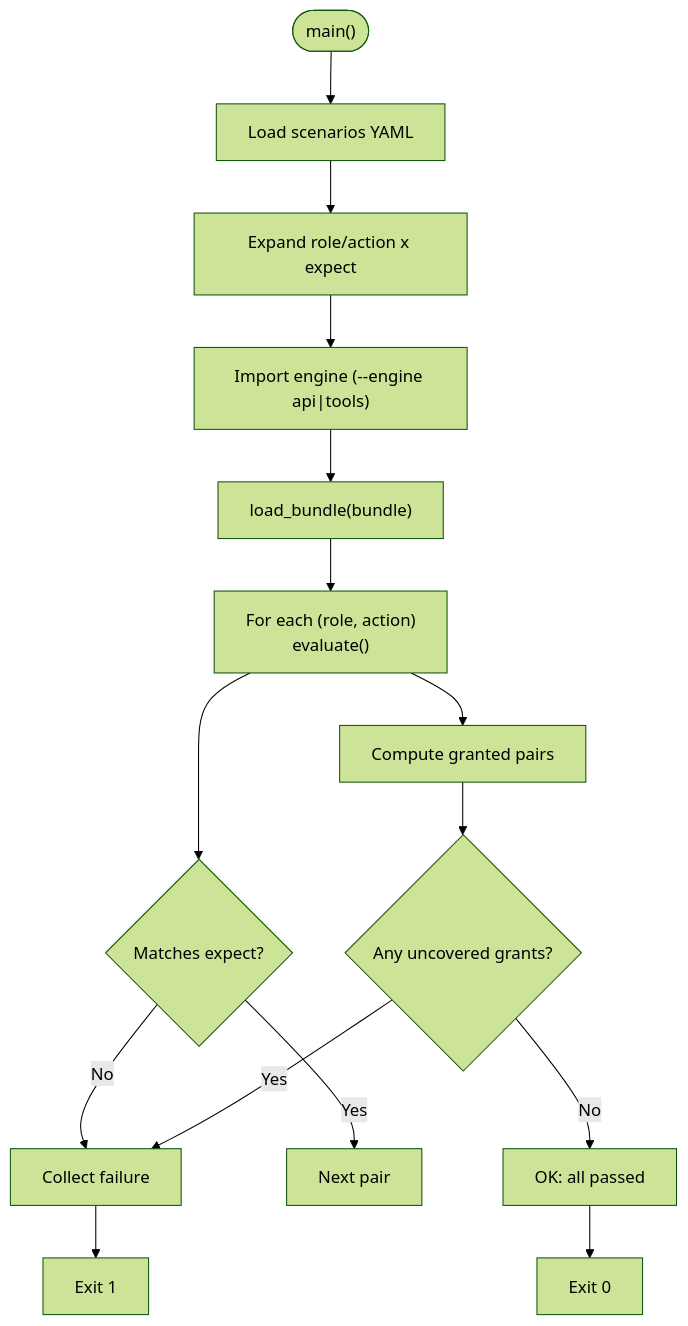
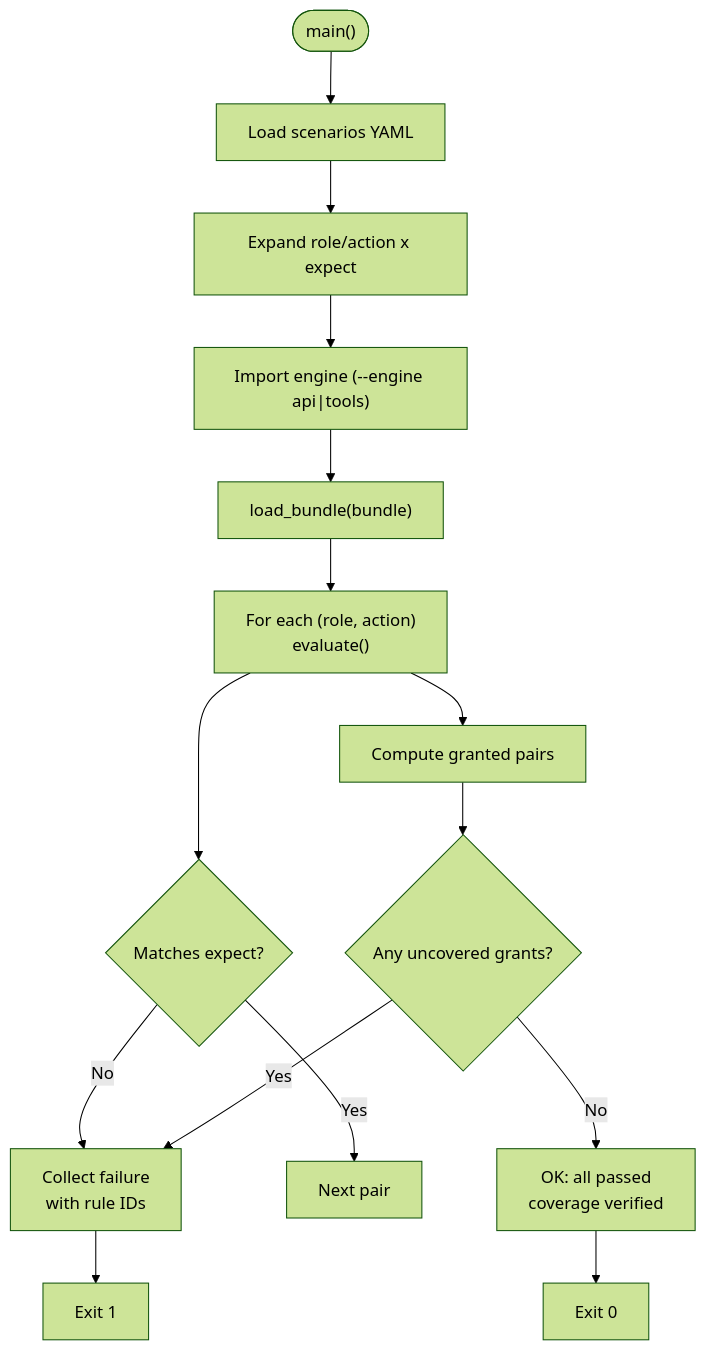
The fifth of 9 diagrams in .qoder/repowiki/en/content/Architecture Documentation/SPEC-048_ Policy Testing and Rollout Controls.md (metasync/luban-aiops), drawn with Mermaid (forest theme) before and after one commit. The commit also changed other lines of this file and 35 other files, not shown here.

````diff
--- a/.qoder/repowiki/en/content/Architecture Documentation/SPEC-048_ Policy Testing and Rollout Controls.md
+++ b/.qoder/repowiki/en/content/Architecture Documentation/SPEC-048_ Policy Testing and Rollout Controls.md
@@ -182,17 +264,17 @@
 ```mermaid
 flowchart TD
 S(["main()"]) --> LoadScenarios["Load scenarios YAML"]
 LoadScenarios --> Expand["Expand role/action x expect"]
 Expand --> LoadEngine["Import engine (--engine api|tools)"]
 LoadEngine --> LoadBundle["load_bundle(bundle)"]
 LoadBundle --> EvaluateLoop["For each (role, action)<br/>evaluate()"]
 EvaluateLoop --> Compare{"Matches expect?"}
-Compare --> |No| Fail["Collect failure"]
+Compare --> |No| Fail["Collect failure<br/>with rule IDs"]
 Compare --> |Yes| Next["Next pair"]
 EvaluateLoop --> Coverage["Compute granted pairs"]
 Coverage --> Uncovered{"Any uncovered grants?"}
 Uncovered --> |Yes| Fail
-Uncovered --> |No| Pass["OK: all passed"]
+Uncovered --> |No| Pass["OK: all passed<br/>coverage verified"]
 Fail --> Exit1["Exit 1"]
 Pass --> Exit0["Exit 0"]
 ```
````
